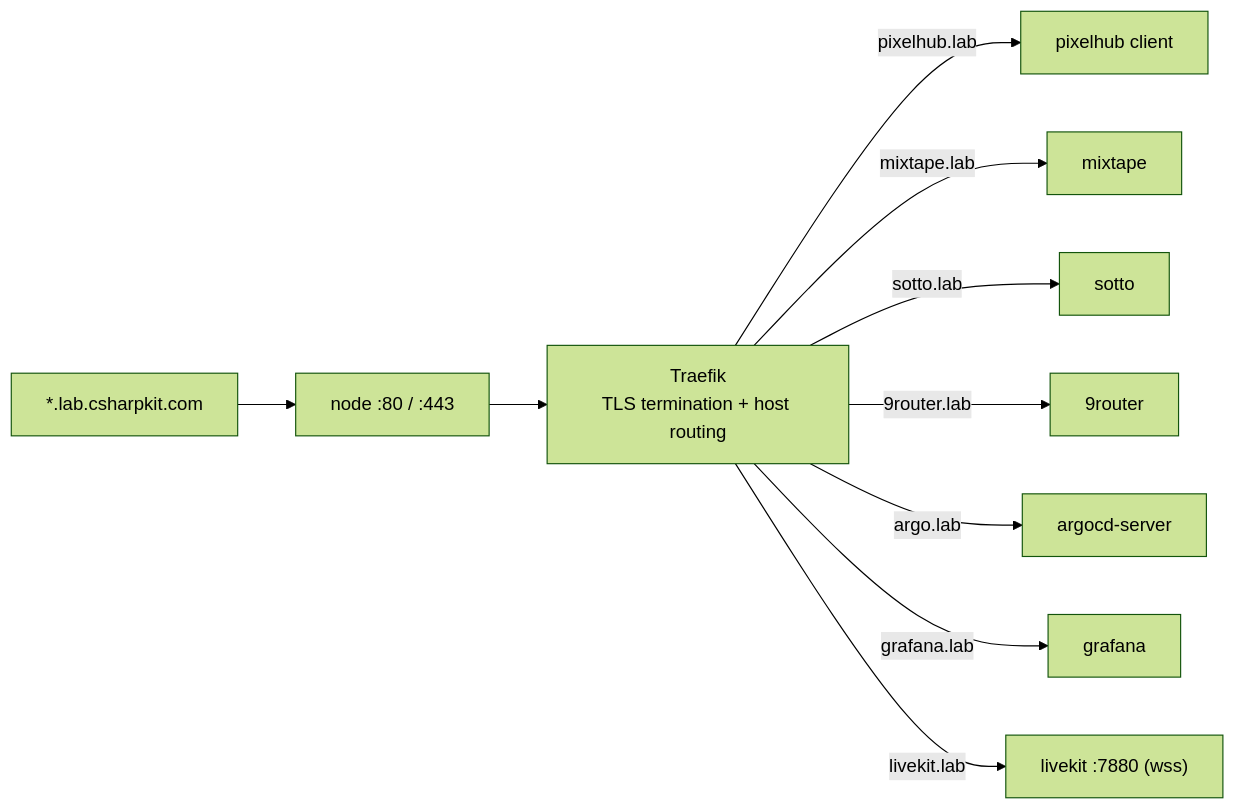
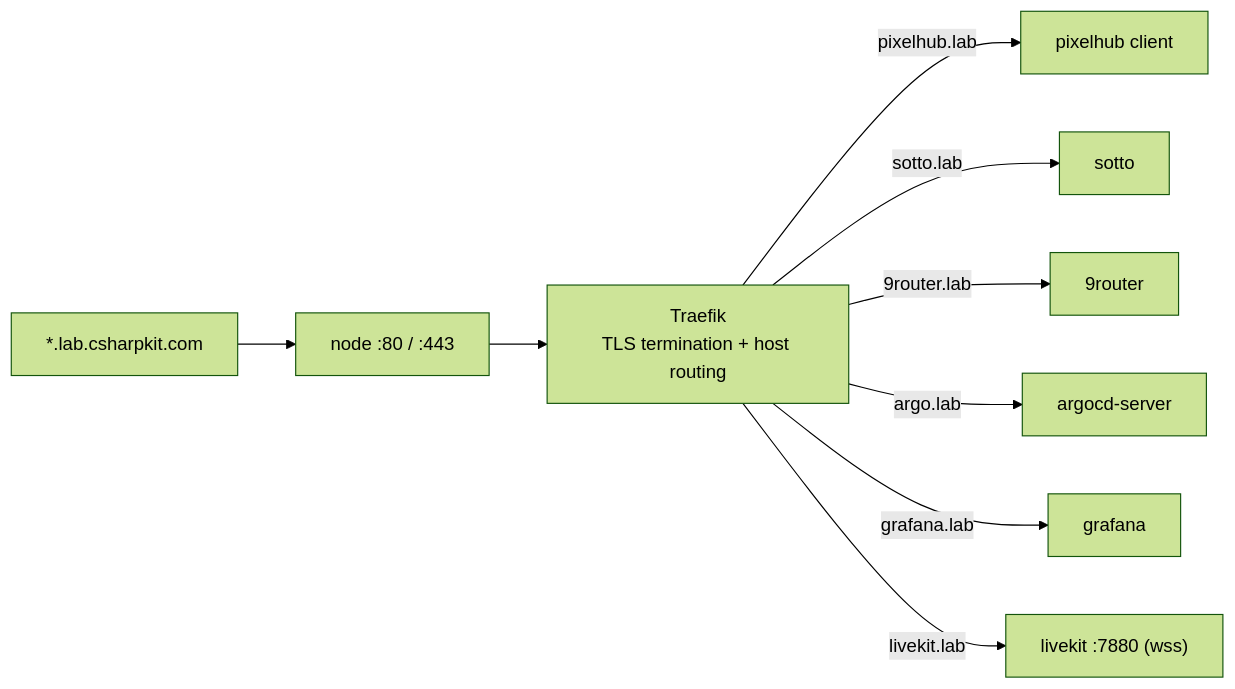
One commit to geffzhang/cloudhomelab changed the diagram in docs/networking.md. Above: the diagram before and after it, drawn with Mermaid (forest theme). The commit also changed other lines of this file and 10 other files, not shown here.

````diff
--- a/docs/networking.md
+++ b/docs/networking.md
@@ -25,12 +25,11 @@
 ```mermaid
 flowchart LR
     DNS["*.lab.csharpkit.com"] --> Node["node :80 / :443"]
     Node --> Traefik["Traefik<br/>TLS termination + host routing"]
     Traefik -->|pixelhub.lab| PH["pixelhub client"]
-    Traefik -->|mixtape.lab| MIX["mixtape"]
     Traefik -->|sotto.lab| SOT["sotto"]
     Traefik -->|9router.lab| R9R["9router"]
     Traefik -->|argo.lab| ARG["argocd-server"]
     Traefik -->|grafana.lab| GRAF["grafana"]
     Traefik -->|livekit.lab| LK["livekit :7880 (wss)"]
 ```
````
